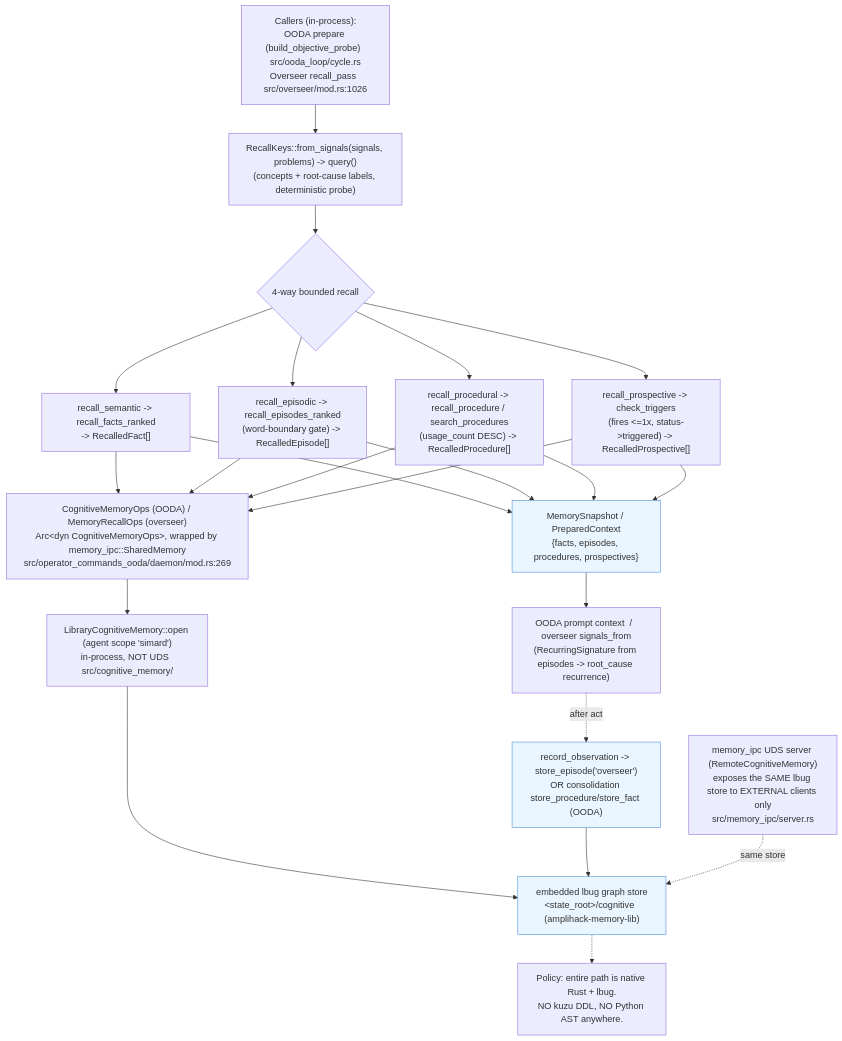
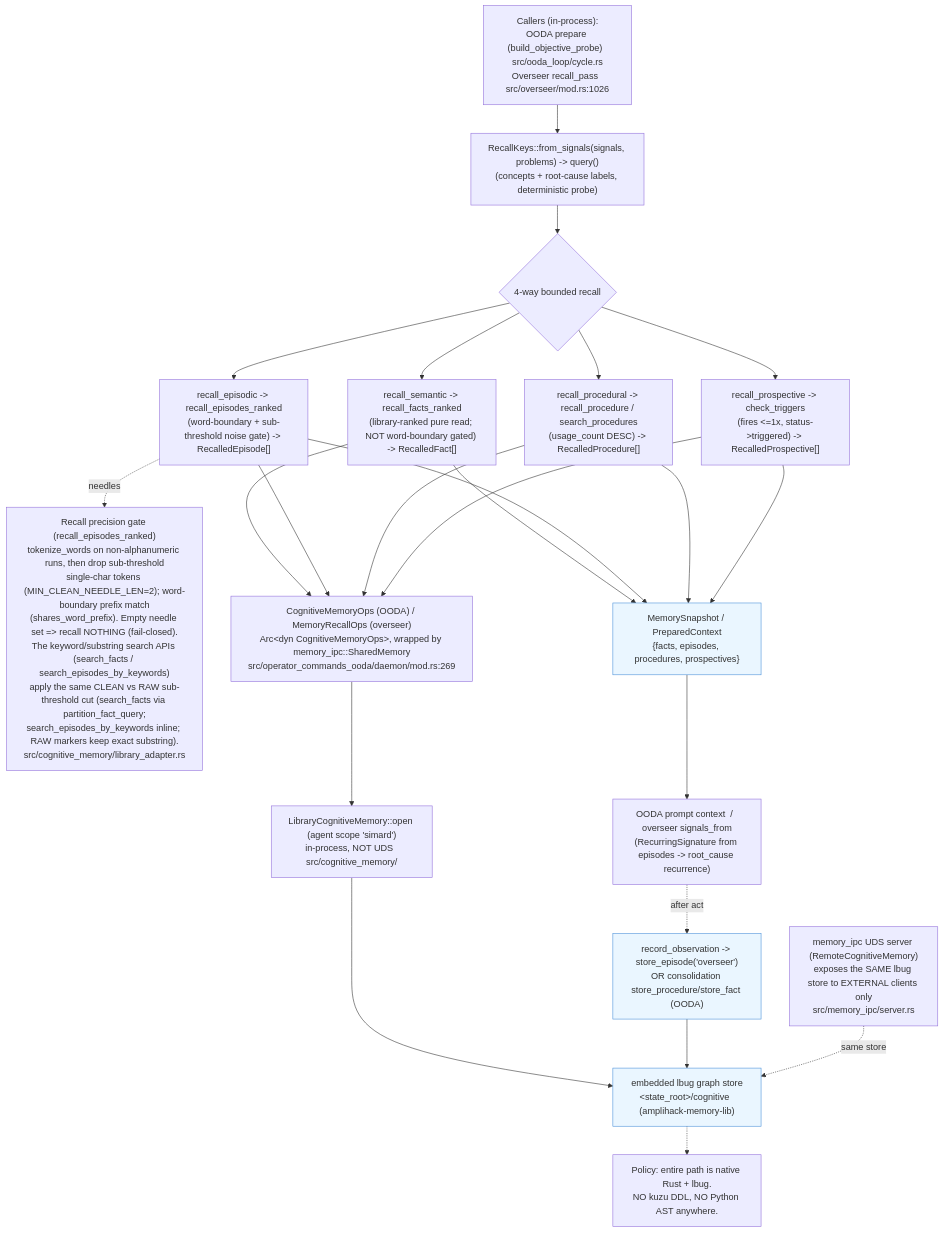
Before and after one commit to rysweet/Simard: the diagram in docs/atlas/agentic-flows/agentic-memory-recall.mmd, drawn with Mermaid. The commit also changed 11 other files, not shown here.

```diff
--- a/docs/atlas/agentic-flows/agentic-memory-recall.mmd
+++ b/docs/atlas/agentic-flows/agentic-memory-recall.mmd
@@ -1,35 +1,38 @@
 flowchart TD
   %% Layer 9 - Agentic flow: cognitive-memory recall path (NO kuzu, NO python; embedded lbug)
   trigger["Callers (in-process):\nOODA prepare (build_objective_probe)  src/ooda_loop/cycle.rs\nOverseer recall_pass  src/overseer/mod.rs:1026"]
   trigger --> keys["RecallKeys::from_signals(signals, problems) -> query()\n(concepts + root-cause labels, deterministic probe)"]
   keys --> fanout{"4-way bounded recall"}
 
-  fanout --> sem["recall_semantic -> recall_facts_ranked\n-> RecalledFact[]"]
-  fanout --> epi["recall_episodic -> recall_episodes_ranked\n(word-boundary gate) -> RecalledEpisode[]"]
+  fanout --> sem["recall_semantic -> recall_facts_ranked\n(library-ranked pure read; NOT word-boundary gated) -> RecalledFact[]"]
+  fanout --> epi["recall_episodic -> recall_episodes_ranked\n(word-boundary + sub-threshold noise gate) -> RecalledEpisode[]"]
   fanout --> proc["recall_procedural -> recall_procedure / search_procedures\n(usage_count DESC) -> RecalledProcedure[]"]
   fanout --> pros["recall_prospective -> check_triggers\n(fires &lt;=1x, status->triggered) -> RecalledProspective[]"]
+
+  ngate["Recall precision gate (recall_episodes_ranked)\ntokenize_words on non-alphanumeric runs, then drop sub-threshold\nsingle-char tokens (MIN_CLEAN_NEEDLE_LEN=2); word-boundary prefix match\n(shares_word_prefix). Empty needle set => recall NOTHING (fail-closed).\nThe keyword/substring search APIs (search_facts / search_episodes_by_keywords)\napply the same CLEAN vs RAW sub-threshold cut (search_facts via partition_fact_query;\nsearch_episodes_by_keywords inline; RAW markers keep exact substring).\nsrc/cognitive_memory/library_adapter.rs"]
+  epi -.needles.-> ngate
 
   sem --> adapter["CognitiveMemoryOps (OODA) / MemoryRecallOps (overseer)\nArc&lt;dyn CognitiveMemoryOps&gt;, wrapped by memory_ipc::SharedMemory\nsrc/operator_commands_ooda/daemon/mod.rs:269"]
   epi --> adapter
   proc --> adapter
   pros --> adapter
   adapter --> lib["LibraryCognitiveMemory::open (agent scope 'simard')\nin-process, NOT UDS  src/cognitive_memory/"]
   lib --> store["embedded lbug graph store\n&lt;state_root&gt;/cognitive  (amplihack-memory-lib)"]
 
   sem --> snapshot["MemorySnapshot / PreparedContext\n{facts, episodes, procedures, prospectives}"]
   epi --> snapshot
   proc --> snapshot
   pros --> snapshot
   snapshot --> use["OODA prompt context  /  overseer signals_from\n(RecurringSignature from episodes -> root_cause recurrence)"]
 
   use -. after act .-> wb["record_observation -> store_episode('overseer')\nOR consolidation store_procedure/store_fact (OODA)"]
   wb --> store
 
   ext["memory_ipc UDS server (RemoteCognitiveMemory)\nexposes the SAME lbug store to EXTERNAL clients only\nsrc/memory_ipc/server.rs"]
   ext -.same store.-> store
 
   note["Policy: entire path is native Rust + lbug.\nNO kuzu DDL, NO Python AST anywhere."]
   store -.-> note
 
   classDef store fill:#eaf6ff,stroke:#4a90d9;
   class store,snapshot,wb store;
```
